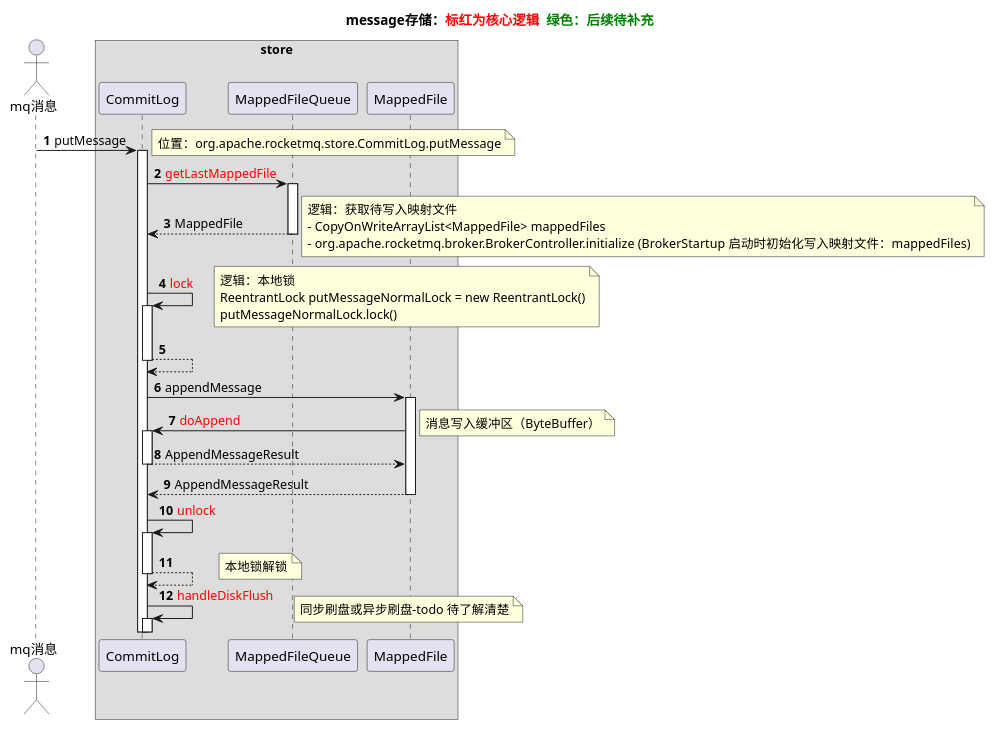
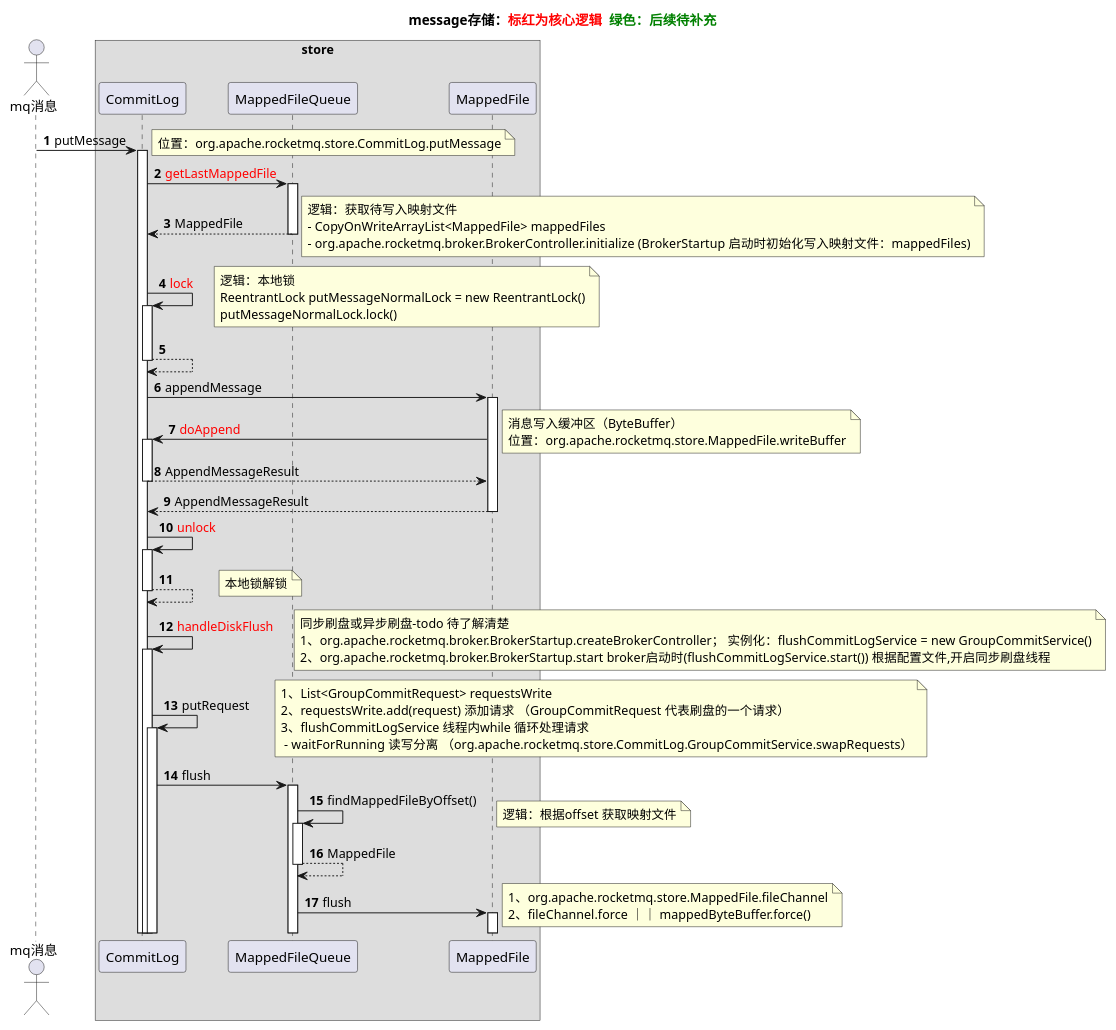
Before and after one commit to feifeihappy/rocketmq: the diagram in 源码分析/message存储.puml, drawn with PlantUML.

Commit message:
Message存储

```diff
--- a/源码分析/message存储.puml
+++ b/源码分析/message存储.puml
@@ -1,62 +1,82 @@
 @startuml
 'https://plantuml.com/sequence-diagram
 
 title message存储：<color red>标红为核心逻辑 <color green> 绿色：后续待补充
 '自动对消息编号
 autonumber
 '自动激活关键字
 autoactivate on
 '设置间距
 'skinparam ParticipantPadding 5
 skinparam BoxPadding 20
 
 actor mq消息
 
 box store
 participant CommitLog
 participant MappedFileQueue
 participant MappedFile
 end box
 
 mq消息 -> CommitLog: putMessage
 note  right
 位置：org.apache.rocketmq.store.CommitLog.putMessage
 end note
 
 CommitLog -> MappedFileQueue: <color red>getLastMappedFile
 return MappedFile
 
 note  right
 逻辑：获取待写入映射文件
 - CopyOnWriteArrayList<MappedFile> mappedFiles
 - org.apache.rocketmq.broker.BrokerController.initialize (BrokerStartup 启动时初始化写入映射文件：mappedFiles)
 end note
 
 CommitLog -> CommitLog: <color red>lock
 
 note  right
 逻辑：本地锁
 ReentrantLock putMessageNormalLock = new ReentrantLock()
 putMessageNormalLock.lock()
 end note
 return
 
 CommitLog -> MappedFile: appendMessage
 MappedFile -> CommitLog: <color red>doAppend
 
 note  right
 消息写入缓冲区（ByteBuffer）
+位置：org.apache.rocketmq.store.MappedFile.writeBuffer
 end note
 return AppendMessageResult
 return AppendMessageResult
 CommitLog -> CommitLog: <color red>unlock
 return
 note  right
 本地锁解锁
 end note
 CommitLog -> CommitLog: <color red>handleDiskFlush
-
 note  right
 同步刷盘或异步刷盘-todo 待了解清楚
+1、org.apache.rocketmq.broker.BrokerStartup.createBrokerController； 实例化：flushCommitLogService = new GroupCommitService()
+2、org.apache.rocketmq.broker.BrokerStartup.start broker启动时(flushCommitLogService.start()) 根据配置文件,开启同步刷盘线程
+end note
+CommitLog -> CommitLog: putRequest
+note  right
+1、List<GroupCommitRequest> requestsWrite
+2、requestsWrite.add(request) 添加请求 （GroupCommitRequest 代表刷盘的一个请求）
+3、flushCommitLogService 线程内while 循环处理请求
+ - waitForRunning 读写分离 （org.apache.rocketmq.store.CommitLog.GroupCommitService.swapRequests）
+end note
+CommitLog -> MappedFileQueue: flush
+MappedFileQueue -> MappedFileQueue: findMappedFileByOffset()
+note  right
+逻辑：根据offset 获取映射文件
+end note
+return MappedFile
+MappedFileQueue -> MappedFile: flush
+note  right
+1、org.apache.rocketmq.store.MappedFile.fileChannel
+2、fileChannel.force ｜｜ mappedByteBuffer.force()
 end note
 @enduml
```
